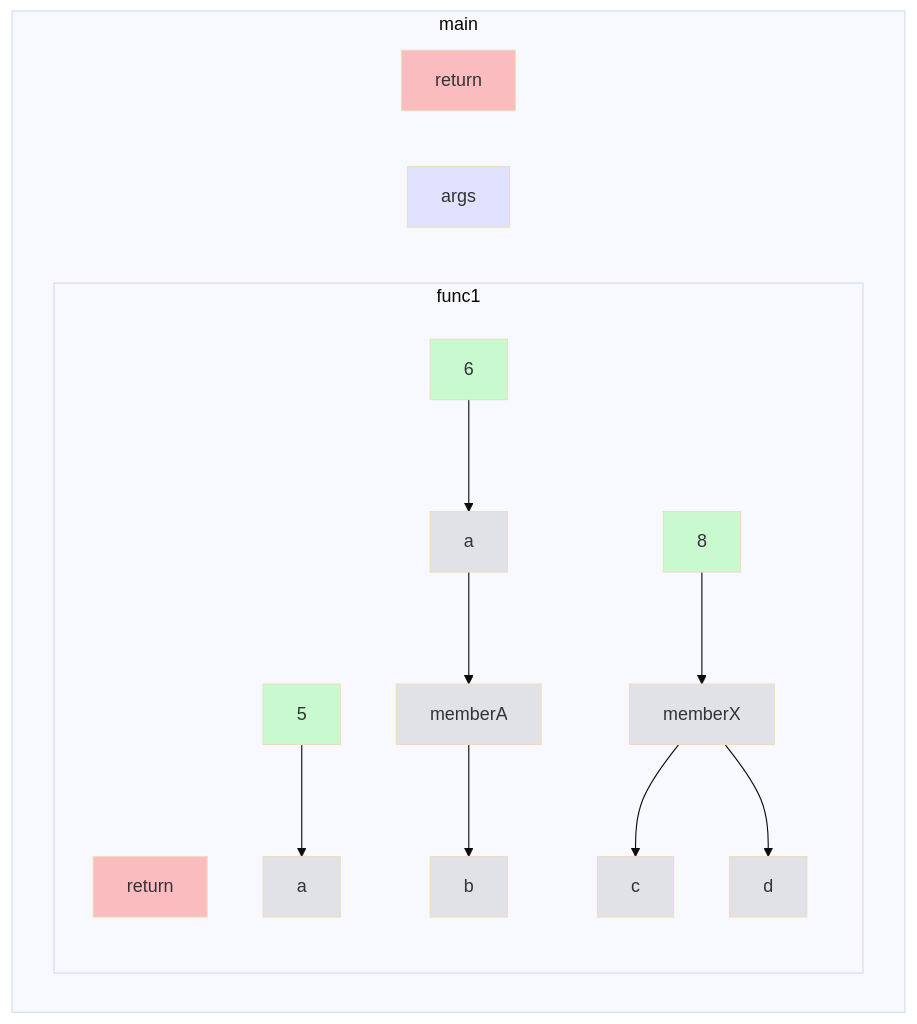
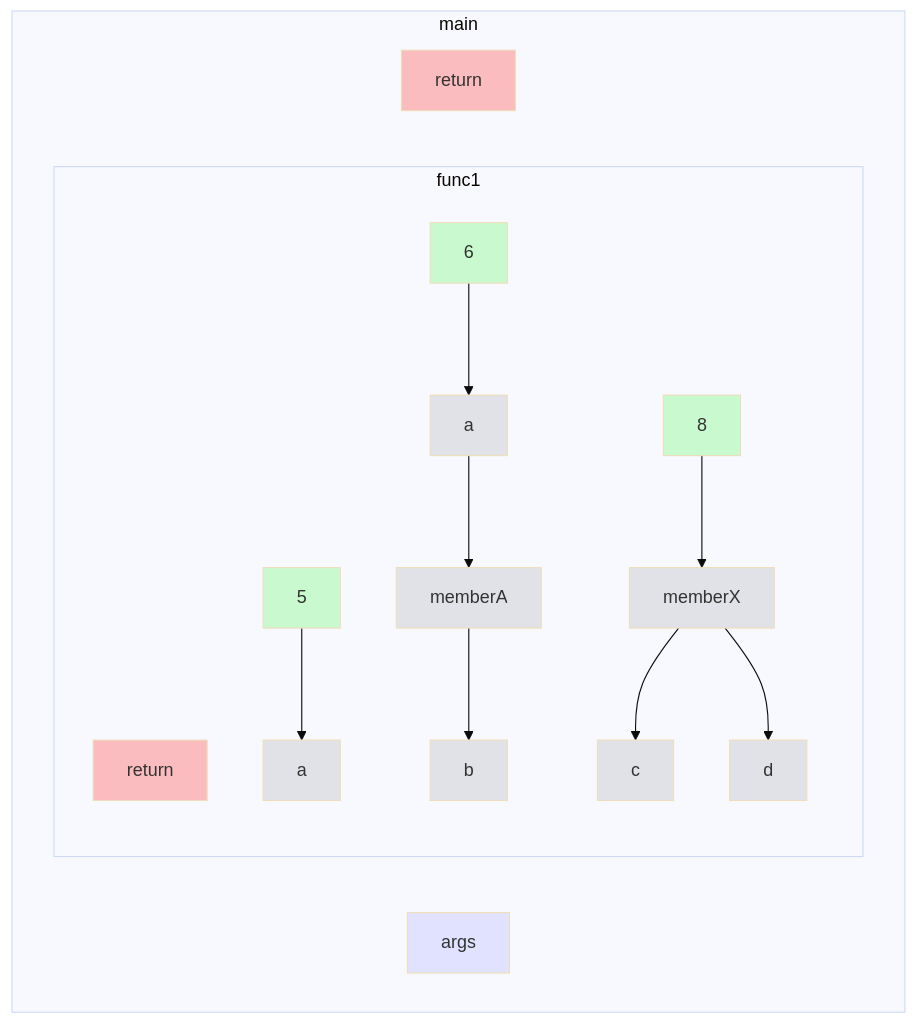
Before and after one commit to gstiebler/codeflow: the diagram in app/src/test/resources/member/truth.md, drawn with Mermaid (base theme). The commit also changed 3 other files, not shown here.

````diff
--- a/app/src/test/resources/member/truth.md
+++ b/app/src/test/resources/member/truth.md
@@ -1,31 +1,31 @@
 ```mermaid
 flowchart TD
   subgraph main
-    453632783[return]:::RETURN
-    453632807[args]:::FUNC_PARAM
+    7711766679[args]:::FUNC_PARAM
+    575370[return]:::RETURN
     subgraph func1
-      453632885[return]:::RETURN
-      453632924[5]:::LITERAL
-      453632935[a]:::VARIABLE
-      453632939[6]:::LITERAL
-      453632950[memberA]:::VARIABLE
-      453632971[b]:::VARIABLE
-      453633063[memberX]:::VARIABLE
-      453633077[8]:::LITERAL
-      453633111[c]:::VARIABLE
-      453633167[d]:::VARIABLE
-      453632924[5]:::LITERAL --> 453632916[a]:::VARIABLE
-      453632935[a]:::VARIABLE --> 453632950[memberA]:::VARIABLE
-      453632939[6]:::LITERAL --> 453632935[a]:::VARIABLE
-      453632950[memberA]:::VARIABLE --> 453632971[b]:::VARIABLE
-      453633063[memberX]:::VARIABLE --> 453633111[c]:::VARIABLE
-      453633063[memberX]:::VARIABLE --> 453633167[d]:::VARIABLE
-      453633077[8]:::LITERAL --> 453633063[memberX]:::VARIABLE
+      232679[return]:::RETURN
+      509392[8]:::LITERAL
+      642294[5]:::LITERAL
+      947327[6]:::LITERAL
+      8207065437[memberA]:::VARIABLE
+      8207065182[a]:::VARIABLE
+      8207065794[b]:::VARIABLE
+      8207068174[c]:::VARIABLE
+      8207069126[d]:::VARIABLE
+      8207067358[memberX]:::VARIABLE
+      509392[8]:::LITERAL --> 8207067358[memberX]:::VARIABLE
+      642294[5]:::LITERAL --> 8207064859[a]:::VARIABLE
+      947327[6]:::LITERAL --> 8207065182[a]:::VARIABLE
+      8207065437[memberA]:::VARIABLE --> 8207065794[b]:::VARIABLE
+      8207065182[a]:::VARIABLE --> 8207065437[memberA]:::VARIABLE
+      8207067358[memberX]:::VARIABLE --> 8207068174[c]:::VARIABLE
+      8207067358[memberX]:::VARIABLE --> 8207069126[d]:::VARIABLE
     end
   end
   classDef LITERAL fill:#00FF0030
   classDef VARIABLE fill:#80808030
   classDef BIN_OP fill:#80808080
   classDef FUNC_PARAM fill:#8080FF30
   classDef RETURN fill:#FF808080
 ```
````
